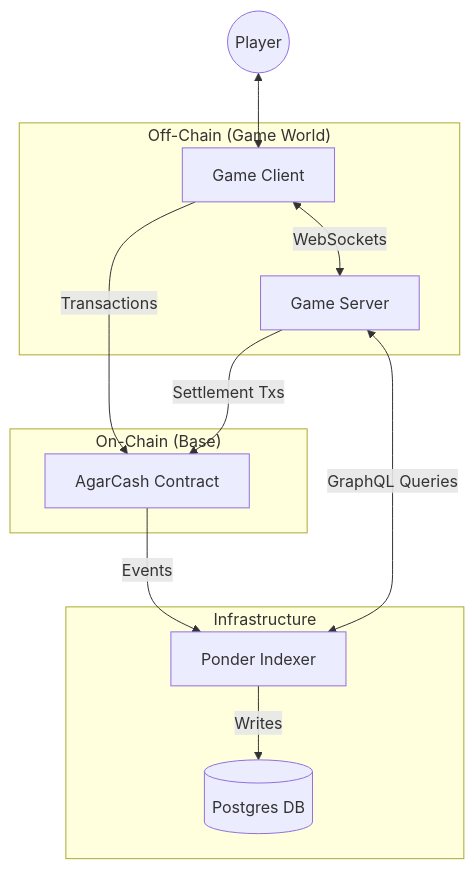
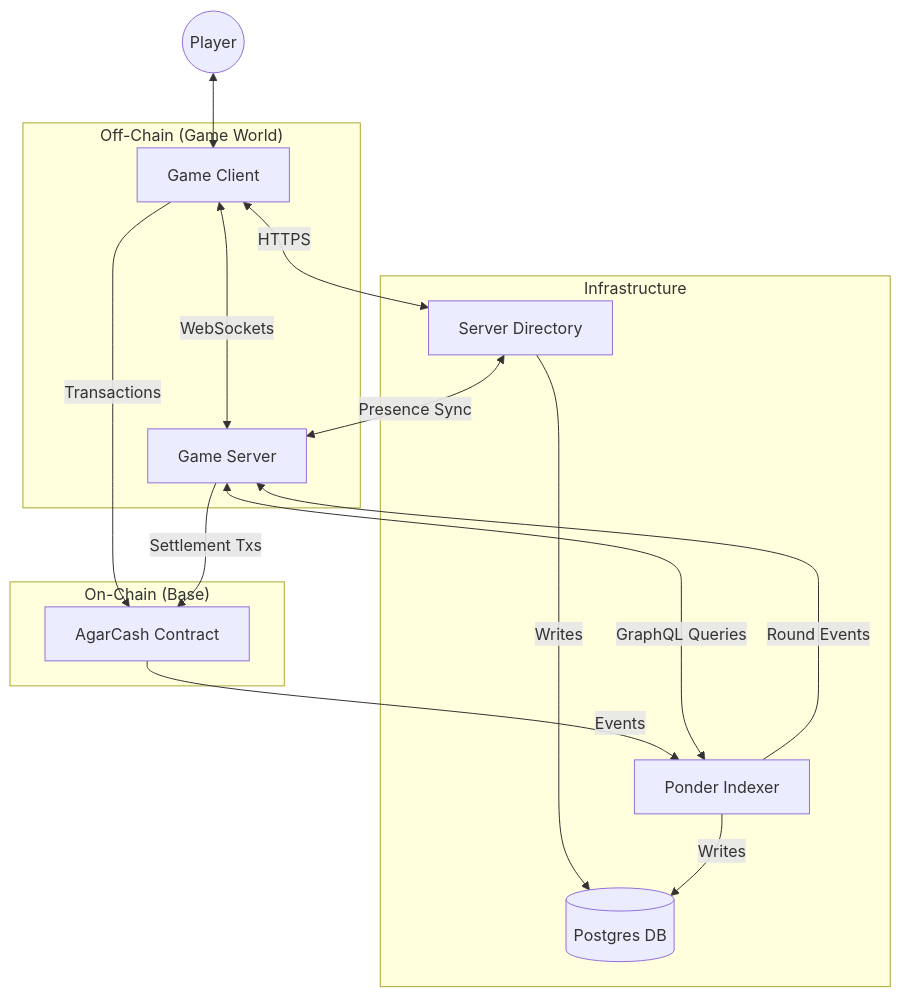
The first of 8 diagrams in ARCHITECTURE.md (TheExpandingPolytope/goonverse), drawn with Mermaid before and after one commit. The commit also changed other lines of this file and 29 other files, not shown here.

````diff
--- a/ARCHITECTURE.md
+++ b/ARCHITECTURE.md
@@ -11,26 +12,31 @@
 ```mermaid
 graph TD
     User((Player))
     
     subgraph "Off-Chain (Game World)"
         Client[Game Client]
         Server[Game Server]
     end
     
     subgraph "On-Chain (Base)"
         Contract[AgarCash Contract]
     end
     
     subgraph "Infrastructure"
+        Directory[Server Directory]
         Ponder[Ponder Indexer]
         DB[(Postgres DB)]
     end
 
     User <--> Client
     Client <-->|WebSockets| Server
+    Client <-->|HTTPS| Directory
+    Directory <-->|Presence Sync| Server
+    Directory -->|Writes| DB
     Client -->|Transactions| Contract
     Contract -->|Events| Ponder
     Ponder -->|Writes| DB
     Server <-->|GraphQL Queries| Ponder
     Server -->|Settlement Txs| Contract
+    Ponder -->|Round Events| Server
 ```
````
